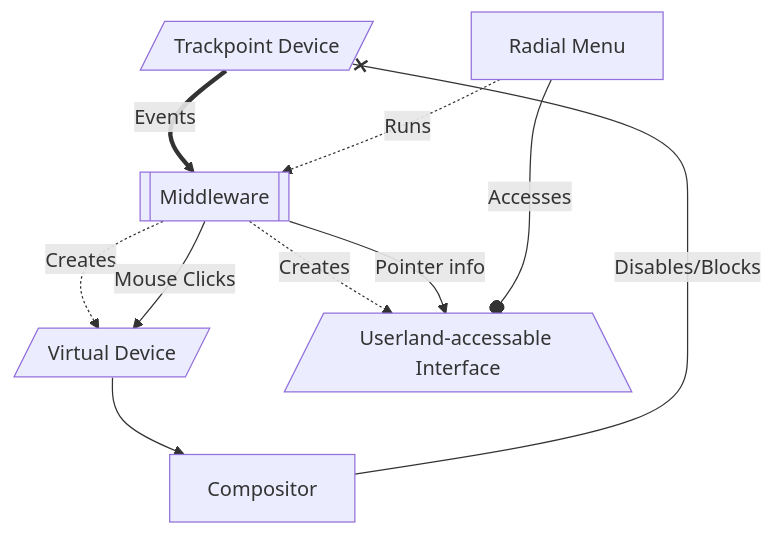
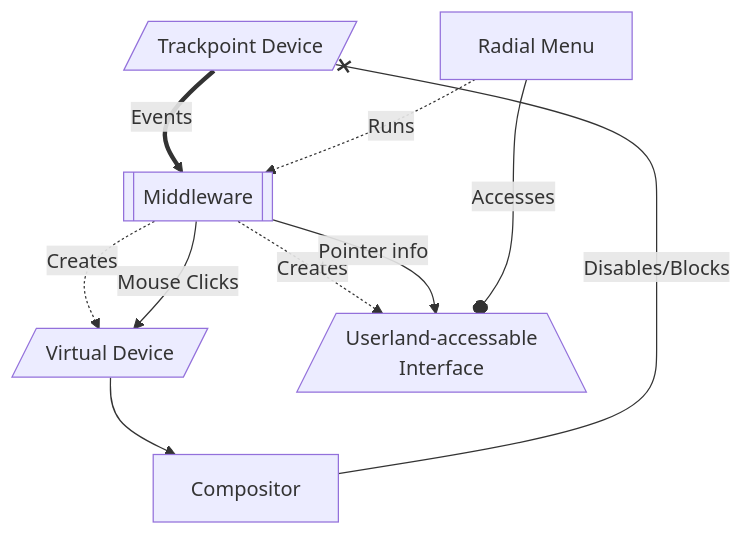
The first of 2 diagrams in README.md (NinjacksonXV/trackpoint-radial-menu), drawn with Mermaid before and after one commit.

````diff
--- a/README.md
+++ b/README.md
@@ -14,15 +14,15 @@
 ```mermaid
 flowchart TD;
 	tp[/Trackpoint Device/];
 	vd[/Virtual Device/];
-	if[/Userland-accessable Interface\]
+	if[/Userland-accessable<br>Interface\]
 	app[Radial Menu];
 	mm[[Middleware]];
 	tp ==Events==> mm 
 	mm -. Creates .-> vd
 	mm -- Mouse Clicks --> vd --> Compositor --Disables/Blocks--x tp
 	app -. Runs .-> mm
 	mm -. Creates .-> if
 	mm -- Pointer info --> if 
 	app -- Accesses --o if
 ```
````
